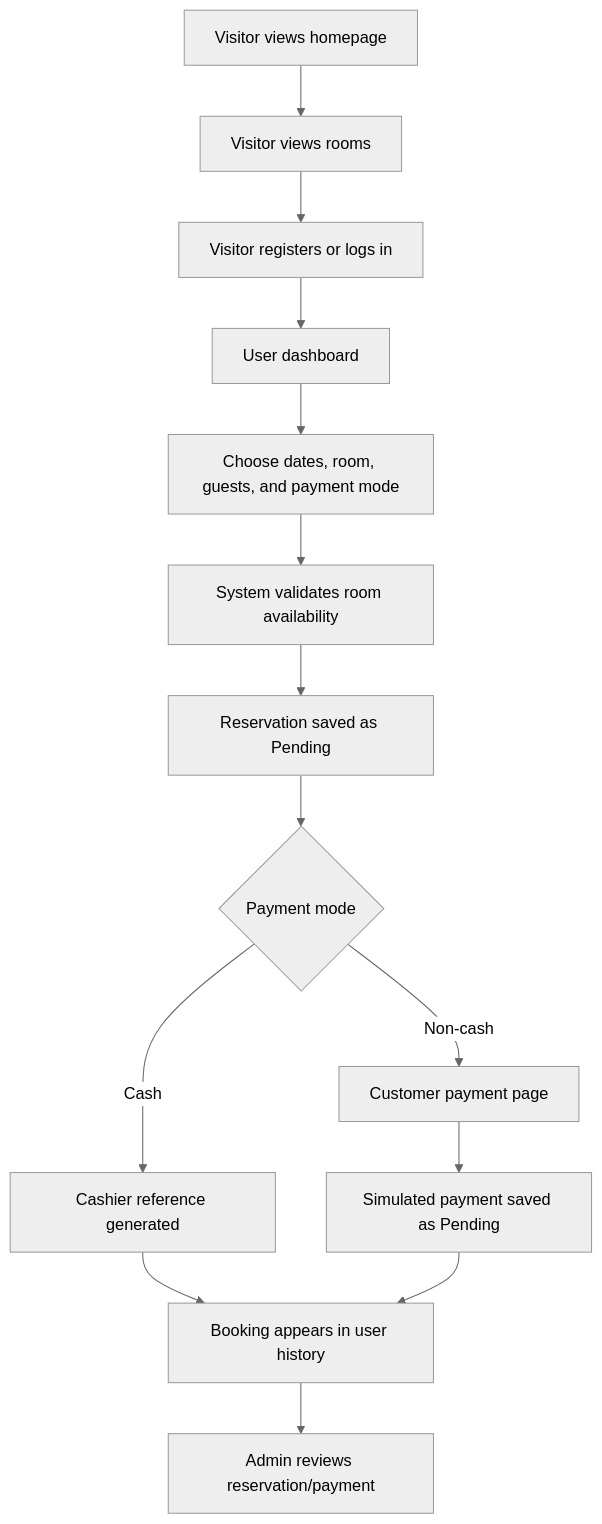
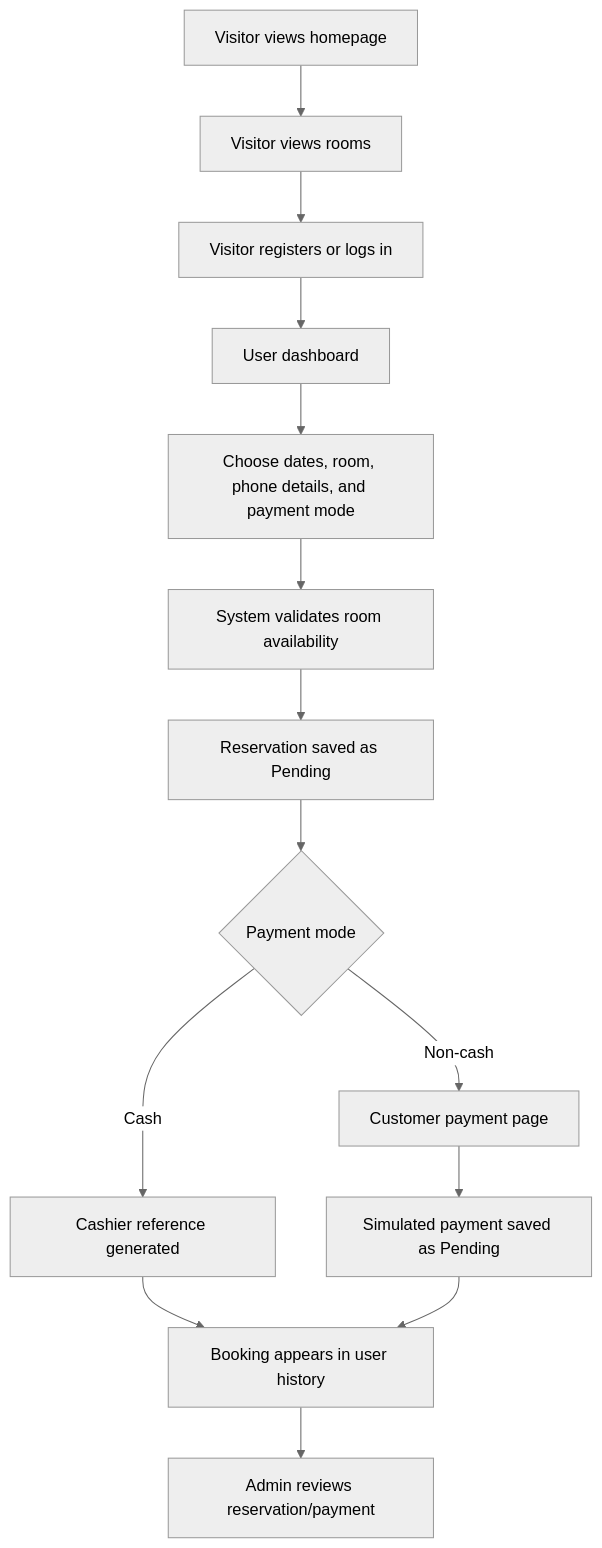
Before and after one commit to WizardOfXerox/Emperor-Hotel: diagram 12 of 13 in docs/project-explanation-guide.md, drawn with Mermaid (neutral theme). The commit also changed other lines of this file and 19 other files, not shown here.

````diff
--- a/docs/project-explanation-guide.md
+++ b/docs/project-explanation-guide.md
@@ -1180,16 +1174,16 @@
 ```mermaid
 flowchart TD
     A[Visitor views homepage] --> B[Visitor views rooms]
     B --> C[Visitor registers or logs in]
     C --> D[User dashboard]
-    D --> E[Choose dates, room, guests, and payment mode]
+    D --> E[Choose dates, room, phone details, and payment mode]
     E --> F[System validates room availability]
     F --> G[Reservation saved as Pending]
     G --> H{Payment mode}
     H -->|Cash| I[Cashier reference generated]
     H -->|Non-cash| J[Customer payment page]
     J --> K[Simulated payment saved as Pending]
     I --> L[Booking appears in user history]
     K --> L
     L --> M[Admin reviews reservation/payment]
 ```
````
